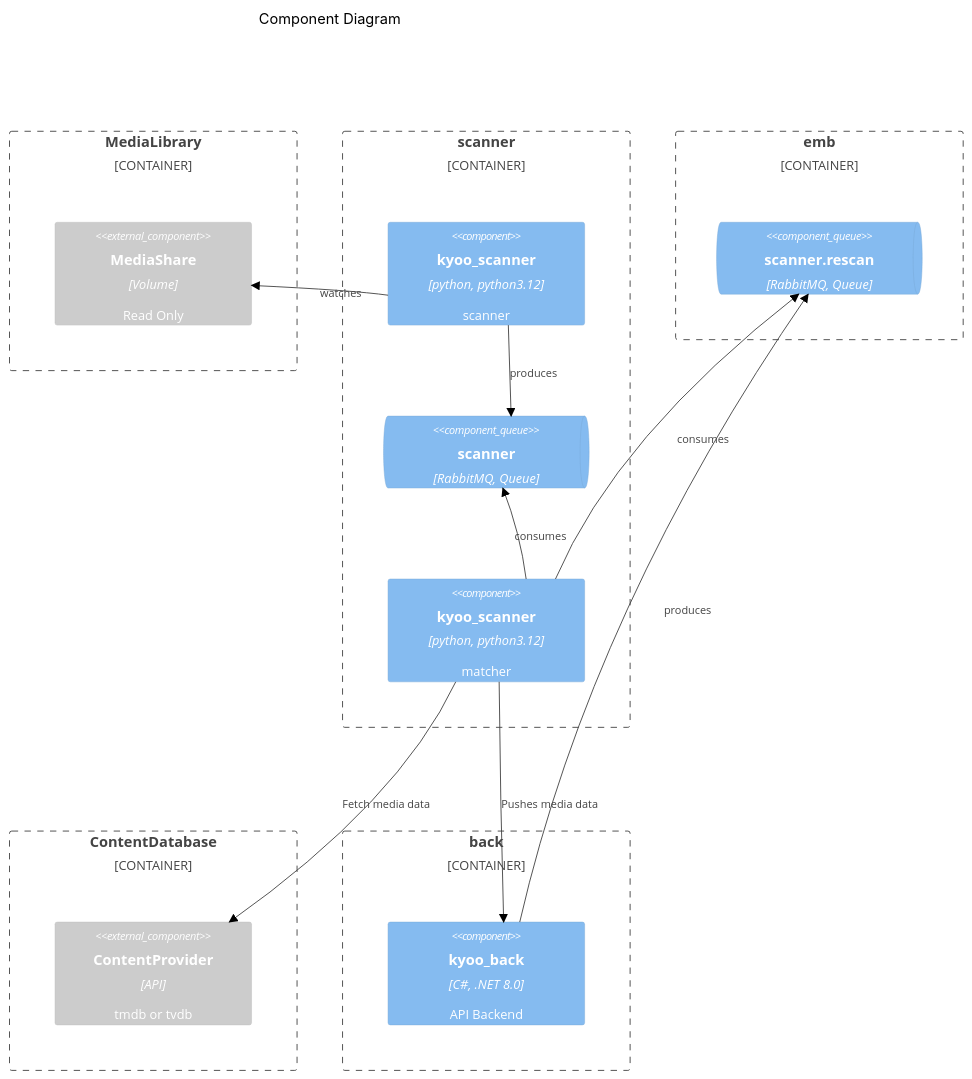
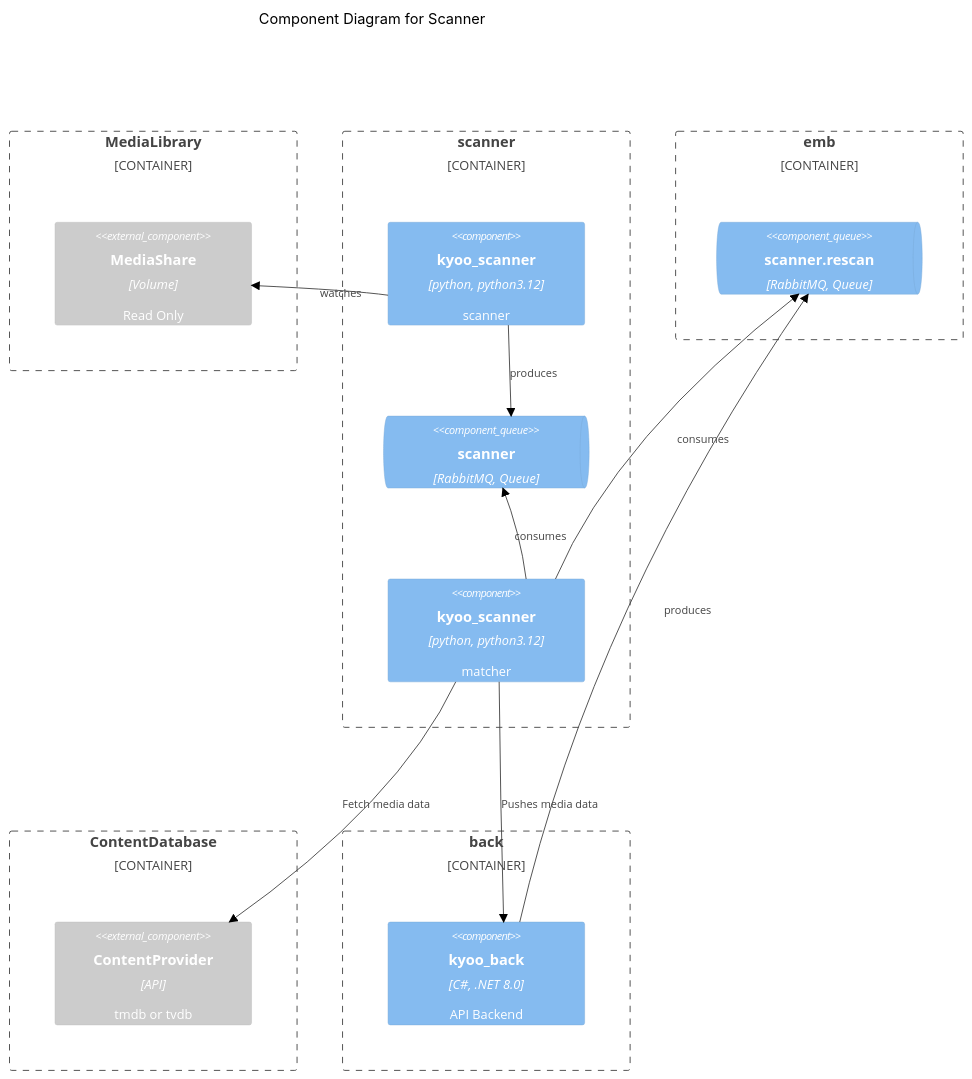
Before and after one commit to zoriya/Kyoo: the seventh of 8 diagrams in DIAGRAMS.md, drawn with Mermaid (neutral theme). The commit also changed other lines of this file, not shown here.

````diff
--- a/DIAGRAMS.md
+++ b/DIAGRAMS.md
@@ -245,35 +227,32 @@
 ```mermaid
-  C4Component
-  title Component Diagram
+C4Component
   UpdateLayoutConfig($c4ShapeInRow="1", $c4BoundaryInRow="3")
+  
+  title Component Diagram for Scanner
 
   Container_Boundary(media, "MediaLibrary") {
     Component_Ext(media_c1, "MediaShare", "Volume", "Read Only")
   }
-
   Container_Boundary(scanner, "scanner") {
     Component(scanner_c1, "kyoo_scanner", "python, python3.12", "scanner")
     ComponentQueue(scanner_q1, "scanner", "RabbitMQ, Queue", "")
     Component(scanner_c2, "kyoo_scanner", "python, python3.12", "matcher")
   }
-
   Container_Boundary(emb, "emb") {
     ComponentQueue(emb_q2, "scanner.rescan", "RabbitMQ, Queue", "")
   }
-
   Container_Boundary(content, "ContentDatabase") {
     Component_Ext(content_c1, "ContentProvider", "API", "tmdb or tvdb")
   }
   Container_Boundary(backend, "back") {
     Component(backend_c2, "kyoo_back", "C#, .NET 8.0", "API Backend")
   }
-
 
   Rel(scanner_c1, scanner_q1, "produces")
   Rel(scanner_c1, media_c1, "watches")
   Rel(scanner_c2, content_c1, "Fetch media data")
   Rel(scanner_c2, backend_c2, "Pushes media data")
   Rel(scanner_c2, scanner_q1, "consumes")
   Rel(scanner_c2, emb_q2, "consumes")
   Rel(backend_c2, emb_q2, "produces")
 ```
````
